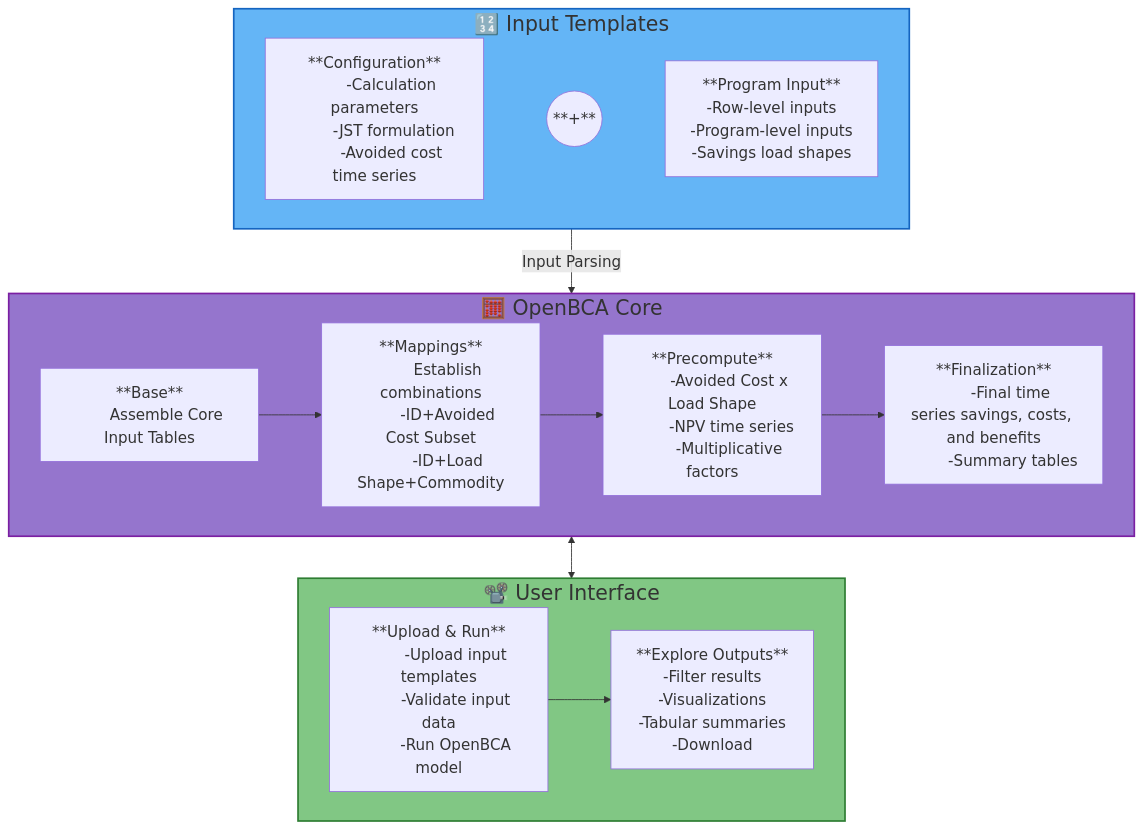
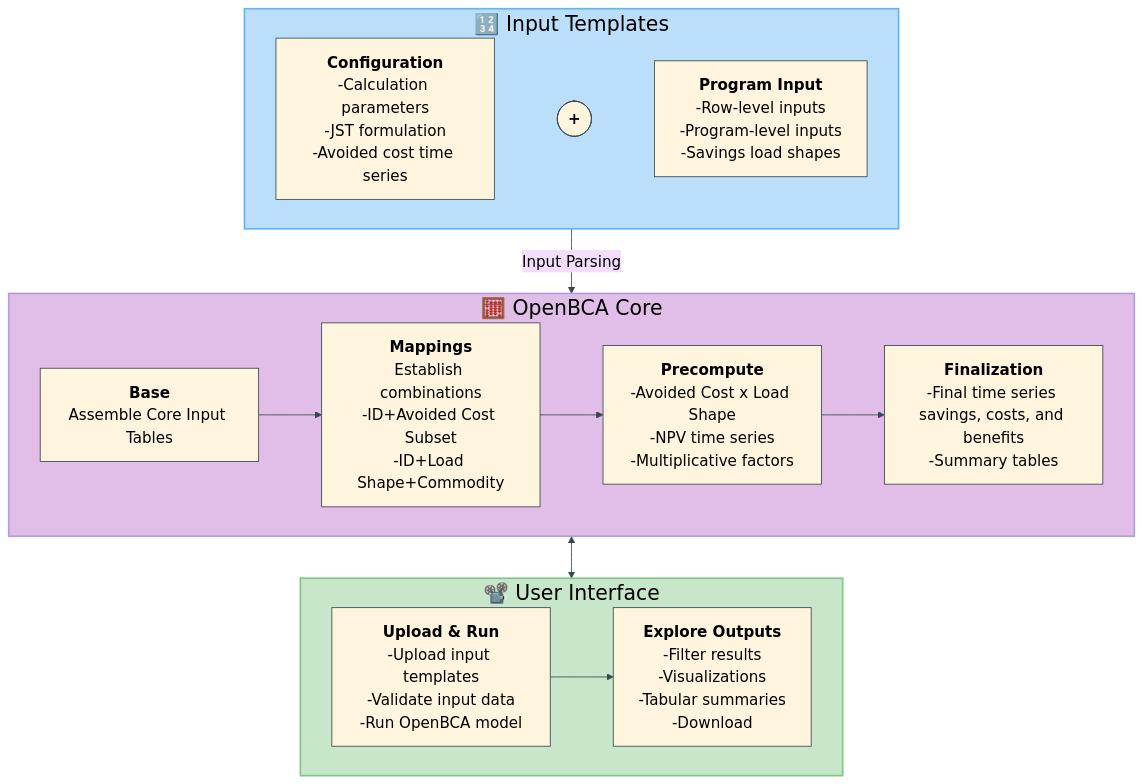
The first of 3 diagrams in README.md (openbca/openbca), drawn with Mermaid before and after one commit. The commit also changed other lines of this file and 15 other files, not shown here.

````diff
--- a/README.md
+++ b/README.md
@@ -90,57 +92,55 @@
 ```mermaid
-%%{init: {'themeVariables': {'fontSize': '18px'}}}%%
+%%{init: {'theme': 'base', 'themeVariables': {'fontSize': '18px', 'primaryTextColor': '#000000', 'secondaryTextColor': '#000000', 'tertiaryTextColor': '#000000', 'primaryBorderColor': '#37474f', 'lineColor': '#37474f'}}}%%
 flowchart TD
 
-    subgraph Input_Templates["<span style='font-size:1.35em'>🔢 Input Templates</span>"]
-        A1[**Configuration**
+    subgraph Input_Templates["<span style='font-size:1.35em; color:#000000'>🔢 Input Templates</span>"]
+        A1["`**Configuration**
         -Calculation parameters
         -JST formulation
-        -Avoided cost time series
-        ]
-        +((**+**))
-        A2[**Program Input**
+        -Avoided cost time series`"]
+        +(["`**+**`"])
+        A2["`**Program Input**
         -Row-level inputs
         -Program-level inputs
-        -Savings load shapes]
+        -Savings load shapes`"]
         A1~~~+~~~A2
     end
 
-    subgraph OpenBCA_Core["<span style='font-size:1.35em'>🧮 OpenBCA Core</span>"]
-        B1[**Base**
-        Assemble Core Input Tables]
-        B2[**Mappings**
+    subgraph OpenBCA_Core["<span style='font-size:1.35em; color:#000000'>🧮 OpenBCA Core</span>"]
+        B1["`**Base**
+        Assemble Core Input Tables`"]
+        B2["`**Mappings**
         Establish combinations
         -ID+Avoided Cost Subset
-        -ID+Load Shape+Commodity]
-        B3[**Precompute**
+        -ID+Load Shape+Commodity`"]
+        B3["`**Precompute**
         -Avoided Cost x Load Shape
         -NPV time series
-        -Multiplicative factors
-        ]
-        B4[**Finalization**
+        -Multiplicative factors`"]
+        B4["`**Finalization**
         -Final time series savings, costs, and benefits
-        -Summary tables]
+        -Summary tables`"]
         B1 --> B2 --> B3 --> B4
     end
 
-    subgraph User_Interface["<span style='font-size:1.35em'>📽️ User Interface</span>"]
-        C1[**Upload & Run**
+    subgraph User_Interface["<span style='font-size:1.35em; color:#000000'>📽️ User Interface</span>"]
+        C1["`**Upload & Run**
         -Upload input templates
         -Validate input data
-        -Run OpenBCA model]
-        C2[**Explore Outputs**
+        -Run OpenBCA model`"]
+        C2["`**Explore Outputs**
         -Filter results
         -Visualizations
         -Tabular summaries
-        -Download]
+        -Download`"]
         C1 --> C2
     end
 
     Input_Templates--Input Parsing-->OpenBCA_Core
     OpenBCA_Core<-->User_Interface
 
-    %% Subgraph backgrounds: input = blue, core = violet, UI = green (darker fills)
-    style Input_Templates fill:#64b5f6,stroke:#1565c0,stroke-width:2px
-    style OpenBCA_Core fill:#9575cd,stroke:#7b1fa2,stroke-width:2px
-    style User_Interface fill:#81c784,stroke:#2e7d32,stroke-width:2px
+    %% Subgraph backgrounds: input = blue, core = violet, UI = green (lighter fills)
+    style Input_Templates fill:#bbdefb,stroke:#64b5f6,stroke-width:2px
+    style OpenBCA_Core fill:#e1bee7,stroke:#b39ddb,stroke-width:2px
+    style User_Interface fill:#c8e6c9,stroke:#81c784,stroke-width:2px
 ```
````
